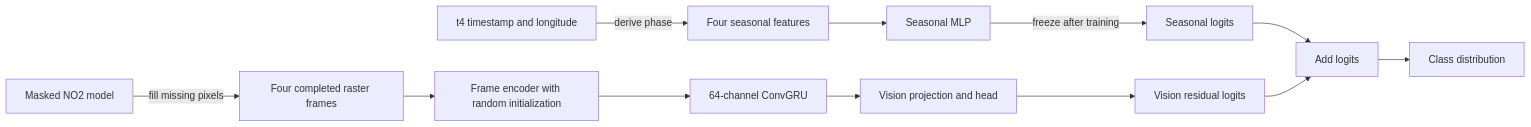
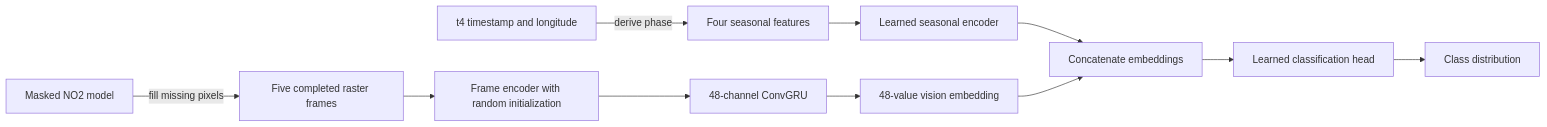
Before and after one commit to pranav-walimbe/powerplant-modeling: the diagram in docs/delta-modeling/modeling.md, drawn with Mermaid. The commit also changed other lines of this file and 6 other files, not shown here.

Commit message:
Use learned fusion for five-step classification

````diff
--- a/docs/delta-modeling/modeling.md
+++ b/docs/delta-modeling/modeling.md
@@ -93,16 +89,15 @@
 ```mermaid
 flowchart LR
     Timestamp[t4 timestamp and longitude] -->|derive phase| SeasonalFeatures[Four seasonal features]
-    SeasonalFeatures --> SeasonalMLP[Seasonal MLP]
-    SeasonalMLP -->|freeze after training| SeasonalLogits[Seasonal logits]
+    SeasonalFeatures --> SeasonalEncoder[Learned seasonal encoder]
 
-    MaskedModel[Masked NO2 model] -->|fill missing pixels| Completed[Four completed raster frames]
+    MaskedModel[Masked NO2 model] -->|fill missing pixels| Completed[Five completed raster frames]
     Completed --> FrameEncoder[Frame encoder with random initialization]
-    FrameEncoder --> ConvGRU[64-channel ConvGRU]
-    ConvGRU --> VisionHead[Vision projection and head]
-    VisionHead --> VisionLogits[Vision residual logits]
+    FrameEncoder --> ConvGRU[48-channel ConvGRU]
+    ConvGRU --> VisionEmbedding[48-value vision embedding]
 
-    SeasonalLogits --> Add[Add logits]
-    VisionLogits --> Add
-    Add --> Distribution[Class distribution]
+    SeasonalEncoder --> Concatenate[Concatenate embeddings]
+    VisionEmbedding --> Concatenate
+    Concatenate --> SharedHead[Learned classification head]
+    SharedHead --> Distribution[Class distribution]
 ```
````
